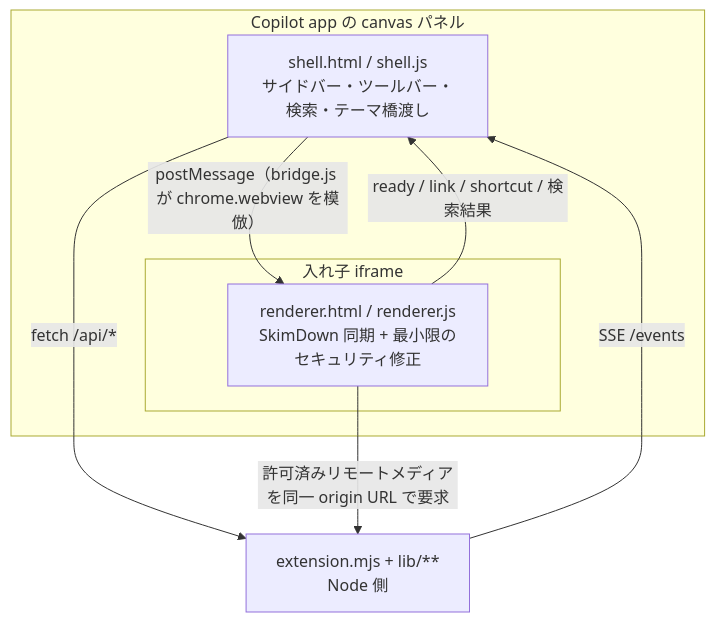
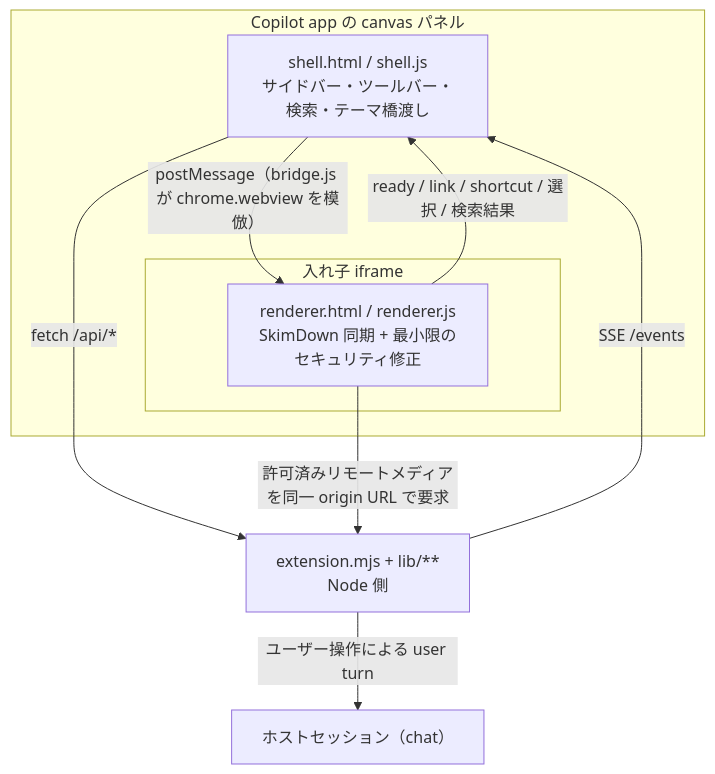
The diagram in AGENTS.md (runceel/SkimDownForGitHubCopilotApp), drawn with Mermaid before and after one commit. The commit also changed other lines of this file and 13 other files, not shown here.

````diff
--- a/AGENTS.md
+++ b/AGENTS.md
@@ -94,16 +98,18 @@
 ```mermaid
 flowchart TB
     subgraph host["Copilot app の canvas パネル"]
         shell["shell.html / shell.js<br/>サイドバー・ツールバー・検索・テーマ橋渡し"]
         subgraph inner["入れ子 iframe"]
             renderer["renderer.html / renderer.js<br/>SkimDown 同期 + 最小限のセキュリティ修正"]
         end
     end
     ext["extension.mjs + lib/**<br/>Node 側"]
+    chat["ホストセッション（chat）"]
 
     shell -- "postMessage（bridge.js が chrome.webview を模倣）" --> renderer
-    renderer -- "ready / link / shortcut / 検索結果" --> shell
+    renderer -- "ready / link / shortcut / 選択 / 検索結果" --> shell
     shell -- "fetch /api/*" --> ext
     ext -- "SSE /events" --> shell
     renderer -- "許可済みリモートメディアを同一 origin URL で要求" --> ext
+    ext -- "ユーザー操作による user turn" --> chat
 ```
````
